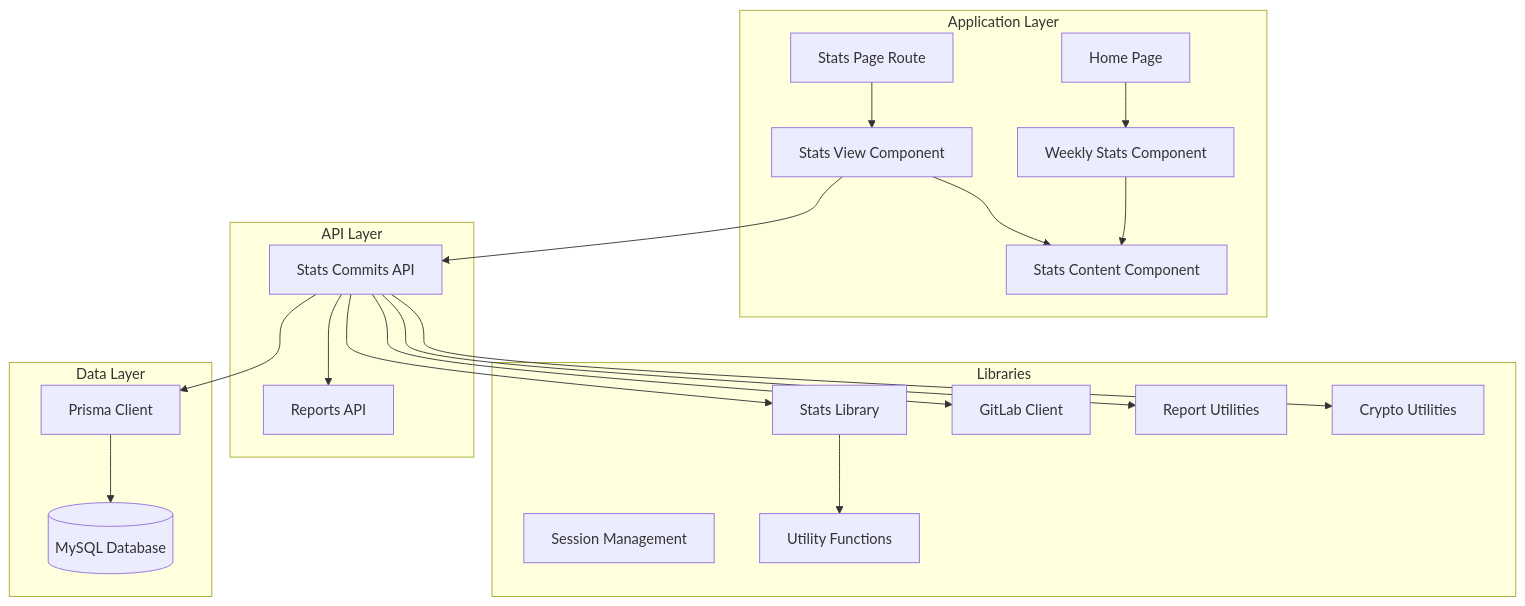
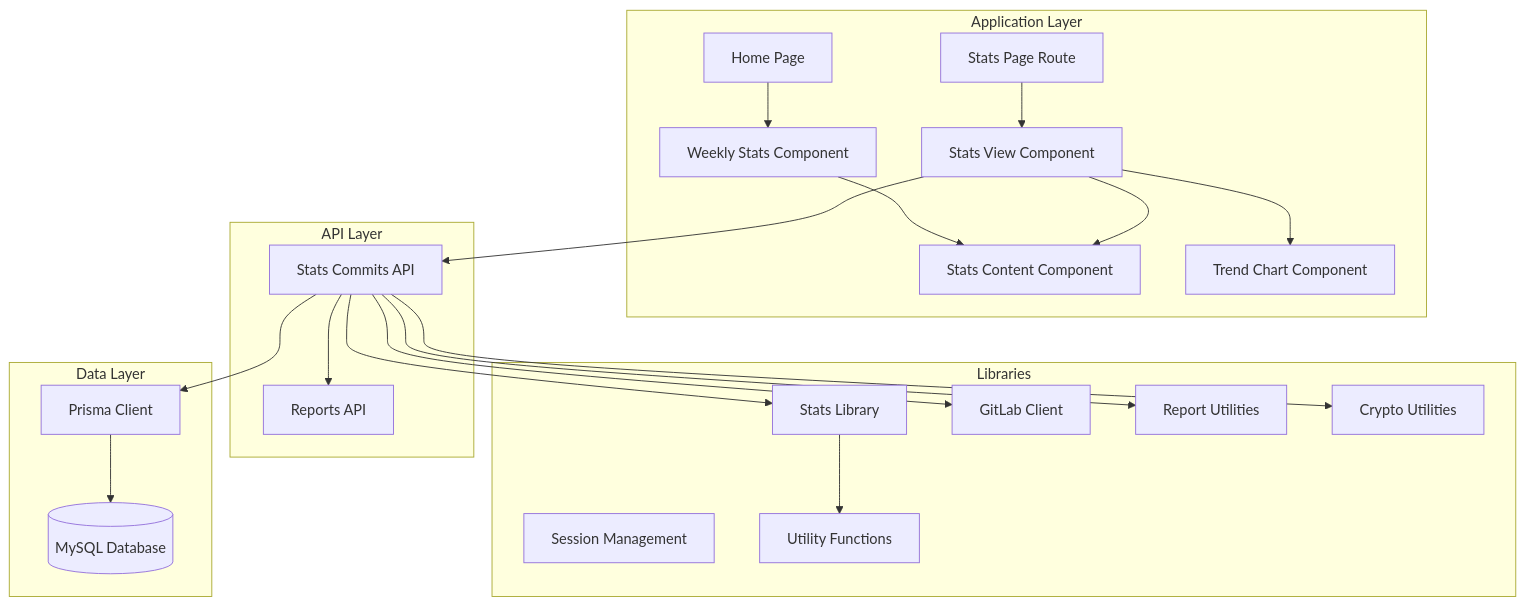
Before and after one commit to jrj444/git-daily: the first of 9 diagrams in .qoder/repowiki/en/content/Frontend Components/Commit Statistics Dashboard.md, drawn with Mermaid. The commit also changed other lines of this file and 16 other files, not shown here.

````diff
--- a/.qoder/repowiki/en/content/Frontend Components/Commit Statistics Dashboard.md
+++ b/.qoder/repowiki/en/content/Frontend Components/Commit Statistics Dashboard.md
@@ -53,39 +55,41 @@
 ```mermaid
 graph TB
 subgraph "Application Layer"
 HomePage[Home Page]
 StatsPage[Stats Page Route]
 StatsView[Stats View Component]
 StatsContent[Stats Content Component]
+TrendChart[Trend Chart Component]
 WeeklyStats[Weekly Stats Component]
 end
 subgraph "API Layer"
 StatsAPI[Stats Commits API]
 ReportsAPI[Reports API]
 end
 subgraph "Libraries"
 StatsLib[Stats Library]
 GitLabClient[GitLab Client]
 ReportLib[Report Utilities]
 CryptoLib[Crypto Utilities]
 SessionLib[Session Management]
 UtilsLib[Utility Functions]
 end
 subgraph "Data Layer"
 PrismaClient[Prisma Client]
 Database[(MySQL Database)]
 end
 HomePage --> WeeklyStats
 WeeklyStats --> StatsContent
 StatsPage --> StatsView
 StatsView --> StatsContent
+StatsView --> TrendChart
 StatsView --> StatsAPI
 StatsAPI --> StatsLib
 StatsAPI --> GitLabClient
 StatsAPI --> ReportLib
 StatsAPI --> CryptoLib
 StatsAPI --> PrismaClient
 StatsLib --> UtilsLib
 PrismaClient --> Database
 StatsAPI --> ReportsAPI
 ```
````
